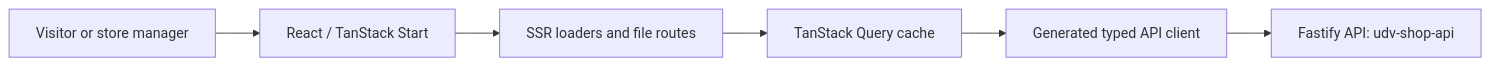
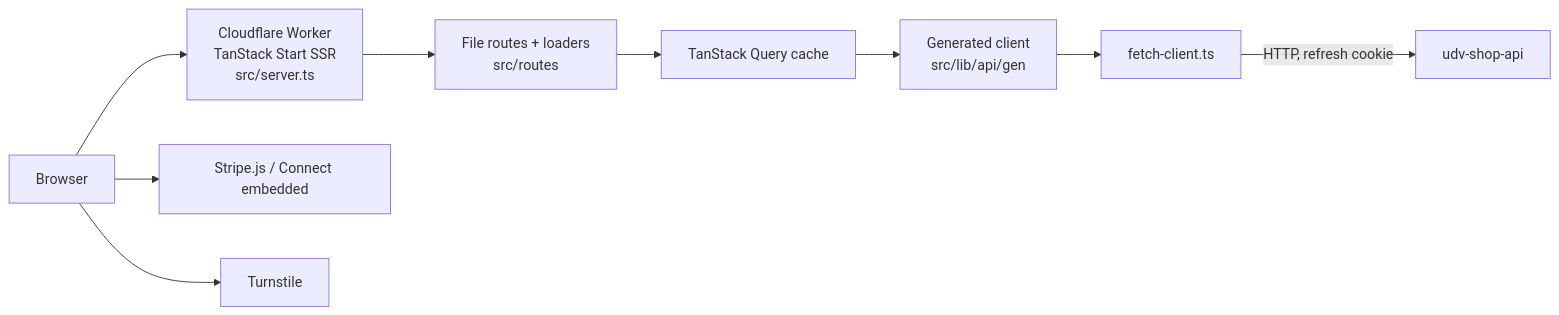
One commit to mkwitko/ecommerce-storefront changed the diagram in README.md. Above: the diagram before and after it, drawn with Mermaid. The commit also changed other lines of this file, not shown here.

````diff
--- a/README.md
+++ b/README.md
@@ -32,8 +20,11 @@
 ```mermaid
 flowchart LR
-  Visitor[Visitor or store manager] --> Web[React / TanStack Start]
-  Web --> Router[SSR loaders and file routes]
-  Router --> Query[TanStack Query cache]
-  Query --> Client[Generated typed API client]
-  Client --> API[Fastify API: udv-shop-api]
+  Browser --> Worker[Cloudflare Worker<br/>TanStack Start SSR<br/>src/server.ts]
+  Worker --> Routes[File routes + loaders<br/>src/routes]
+  Routes --> Query[TanStack Query cache]
+  Query --> Client[Generated client<br/>src/lib/api/gen]
+  Client --> Fetch[fetch-client.ts]
+  Fetch -->|HTTP, refresh cookie| API[udv-shop-api]
+  Browser --> Stripe[Stripe.js / Connect embedded]
+  Browser --> Turnstile[Turnstile]
 ```
````
